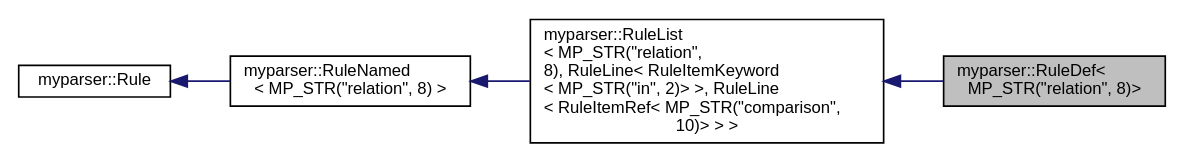
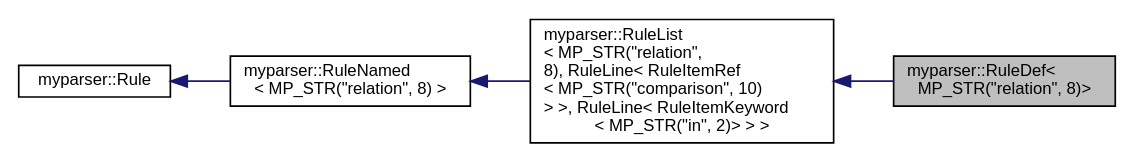
Before and after one commit to gaocegege/CompilerLab: the diagram in classmyparser_1_1RuleDef_3_01MP__STR_07"relation"_00_018_08_4__inherit__graph.dot, drawn with Graphviz. The commit also changed 675 other files, not shown here.

```diff
--- a/classmyparser_1_1RuleDef_3_01MP__STR_07"relation"_00_018_08_4__inherit__graph.dot
+++ b/classmyparser_1_1RuleDef_3_01MP__STR_07"relation"_00_018_08_4__inherit__graph.dot
@@ -1,13 +1,13 @@
 digraph "myparser::RuleDef&lt; MP_STR(&quot;relation&quot;, 8)&gt;"
 {
   edge [fontname="Helvetica",fontsize="10",labelfontname="Helvetica",labelfontsize="10"];
   node [fontname="Helvetica",fontsize="10",shape=record];
   rankdir="LR";
   Node1 [label="myparser::RuleDef\<\l MP_STR(\"relation\", 8)\>",height=0.2,width=0.4,color="black", fillcolor="grey75", style="filled" fontcolor="black"];
   Node2 -> Node1 [dir="back",color="midnightblue",fontsize="10",style="solid",fontname="Helvetica"];
-  Node2 [label="myparser::RuleList\l\< MP_STR(\"relation\",\l 8), RuleLine\< RuleItemKeyword\l\< MP_STR(\"in\", 2)\> \>, RuleLine\l\< RuleItemRef\< MP_STR(\"comparison\",\l 10)\> \> \>",height=0.2,width=0.4,color="black", fillcolor="white", style="filled",URL="$classmyparser_1_1RuleList.html"];
+  Node2 [label="myparser::RuleList\l\< MP_STR(\"relation\",\l 8), RuleLine\< RuleItemRef\l\< MP_STR(\"comparison\", 10)\l\> \>, RuleLine\< RuleItemKeyword\l\< MP_STR(\"in\", 2)\> \> \>",height=0.2,width=0.4,color="black", fillcolor="white", style="filled",URL="$classmyparser_1_1RuleList.html"];
   Node3 -> Node2 [dir="back",color="midnightblue",fontsize="10",style="solid",fontname="Helvetica"];
   Node3 [label="myparser::RuleNamed\l\< MP_STR(\"relation\", 8) \>",height=0.2,width=0.4,color="black", fillcolor="white", style="filled",URL="$classmyparser_1_1RuleNamed.html"];
   Node4 -> Node3 [dir="back",color="midnightblue",fontsize="10",style="solid",fontname="Helvetica"];
   Node4 [label="myparser::Rule",height=0.2,width=0.4,color="black", fillcolor="white", style="filled",URL="$classmyparser_1_1Rule.html"];
 }
```
